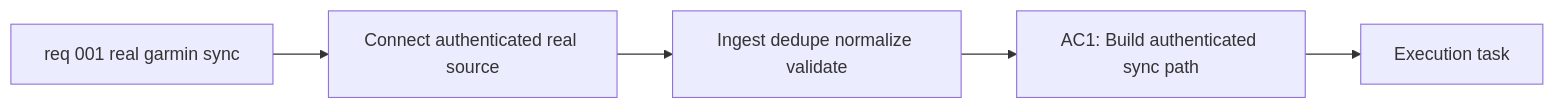
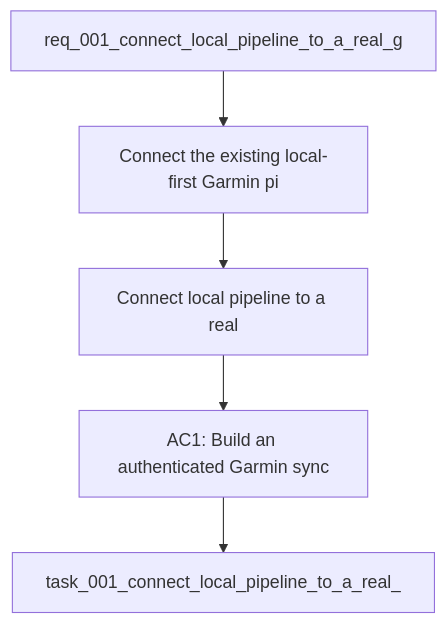
One commit to Jilanos/Coach_garmin changed the diagram in logics/backlog/item_001_connect_local_pipeline_to_a_real_garmin_source_and_harden_incremental_sync_on_user_data.md. Above: the diagram before and after it, drawn with Mermaid. The commit also changed other lines of this file and 86 other files, not shown here.

Commit message:
Harden chart UX and UTF-8 handling

````diff
--- a/logics/backlog/item_001_connect_local_pipeline_to_a_real_garmin_source_and_harden_incremental_sync_on_user_data.md
+++ b/logics/backlog/item_001_connect_local_pipeline_to_a_real_garmin_source_and_harden_incremental_sync_on_user_data.md
@@ -28,9 +28,9 @@
 ```mermaid
 %% logics-kind: backlog
 %% logics-signature: backlog|connect-local-pipeline-to-a-real-garmin-|req-001-connect-local-pipeline-to-a-real|connect-the-existing-local-first-garmin-|ac1-build-an-authenticated-garmin-sync
-flowchart LR
-    Request[req 001 real garmin sync] --> Problem[Connect authenticated real source]
-    Problem --> Scope[Ingest dedupe normalize validate]
-    Scope --> Acceptance[AC1: Build authenticated sync path]
-    Acceptance --> Tasks[Execution task]
+flowchart TD
+    Request[req_001_connect_local_pipeline_to_a_real_g] --> Problem[Connect the existing local-first Garmin pi]
+    Problem --> Scope[Connect local pipeline to a real]
+    Scope --> Acceptance[AC1: Build an authenticated Garmin sync]
+    Acceptance --> Tasks[task_001_connect_local_pipeline_to_a_real_]
 ```
````
